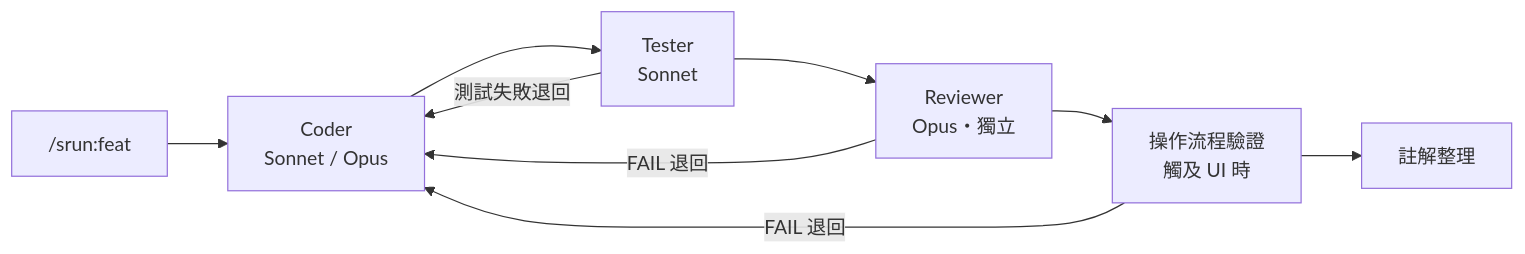
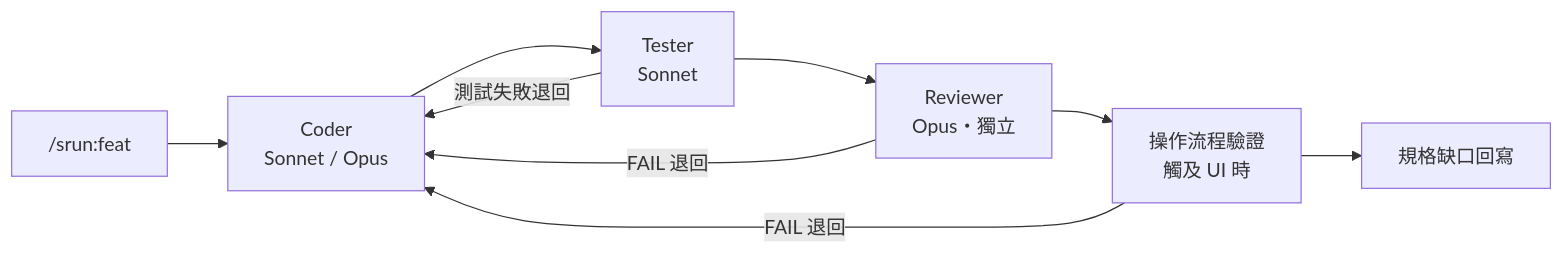
Before and after one commit to jay123578951/specrun: the second of 2 diagrams in README.md, drawn with Mermaid. The commit also changed other lines of this file and 5 other files, not shown here.

````diff
--- a/README.md
+++ b/README.md
@@ -31,11 +31,11 @@
 ```mermaid
 flowchart LR
     A["/srun:feat"] --> Coder
     Coder["Coder<br/>Sonnet / Opus"] --> Tester["Tester<br/>Sonnet"]
     Tester -- "測試失敗退回" --> Coder
     Tester --> Reviewer["Reviewer<br/>Opus・獨立"]
     Reviewer -- "FAIL 退回" --> Coder
     Reviewer --> Verify["操作流程驗證<br/>觸及 UI 時"]
     Verify -- "FAIL 退回" --> Coder
-    Verify --> Comment["註解整理"]
+    Verify --> Gap["規格缺口回寫"]
 ```
````
